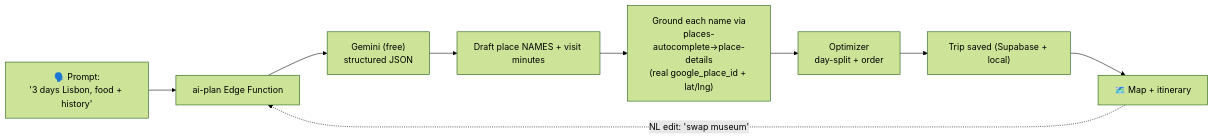
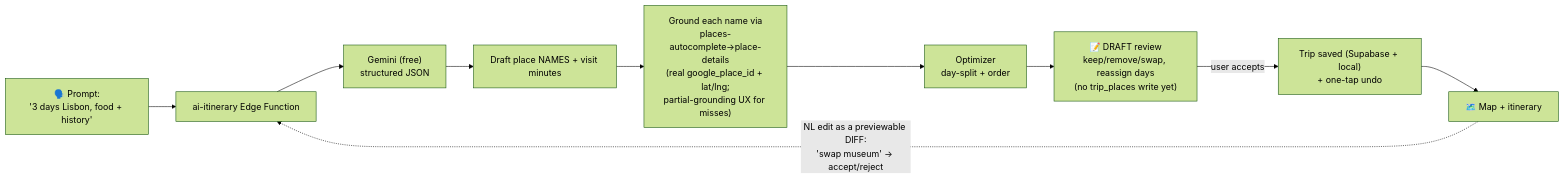
The second of 2 diagrams in docs/v2/architecture.md (HuseyinEmreAksoy/tripvisor), drawn with Mermaid (forest theme) before and after one commit. The commit also changed other lines of this file and 8 other files, not shown here.

First line of the commit message:
docs(v2): Fable panel revision — resequenced plan v2.1 + UX principles

````diff
--- a/docs/v2/architecture.md
+++ b/docs/v2/architecture.md
@@ -106,11 +106,12 @@
 ```mermaid
 graph LR
-  P["🗣️ Prompt:<br/>'3 days Lisbon, food + history'"] --> EF["ai-plan Edge Function"]
+  P["🗣️ Prompt:<br/>'3 days Lisbon, food + history'"] --> EF["ai-itinerary Edge Function"]
   EF --> LLM["Gemini (free)<br/>structured JSON"]
   LLM --> D["Draft place NAMES + visit minutes"]
-  D --> GR["Ground each name via<br/>places-autocomplete→place-details<br/>(real google_place_id + lat/lng)"]
+  D --> GR["Ground each name via<br/>places-autocomplete→place-details<br/>(real google_place_id + lat/lng;<br/>partial-grounding UX for misses)"]
   GR --> OPT["Optimizer<br/>day-split + order"]
-  OPT --> T["Trip saved (Supabase + local)"]
+  OPT --> DR["📝 DRAFT review<br/>keep/remove/swap, reassign days<br/>(no trip_places write yet)"]
+  DR -->|"user accepts"| T["Trip saved (Supabase + local)<br/>+ one-tap undo"]
   T --> M["🗺️ Map + itinerary"]
-  M -.->|"NL edit: 'swap museum'"| EF
+  M -.->|"NL edit as a previewable DIFF:<br/>'swap museum' → accept/reject"| EF
 ```
````
